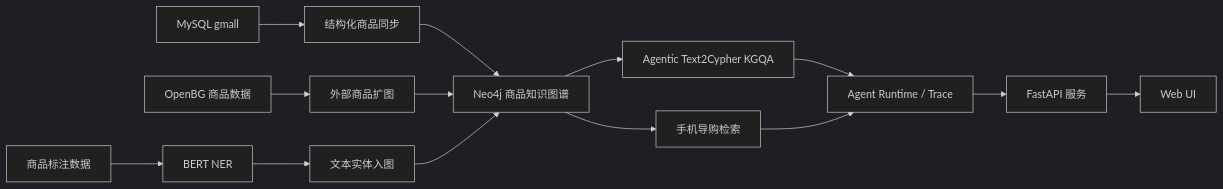
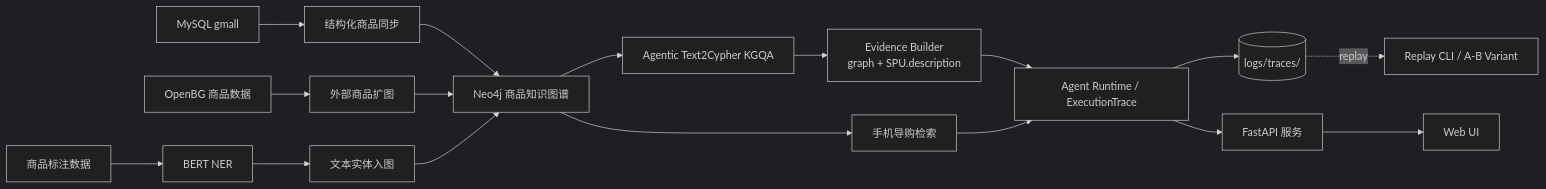
The diagram in README.md (xiaoqkw/ec-knowledge-graph), drawn with Mermaid (dark theme) before and after one commit. The commit also changed other lines of this file and 12 other files, not shown here.

Commit message:
Implement P2-1 KG-RAG evidence flow

````diff
--- a/README.md
+++ b/README.md
@@ -58,19 +64,22 @@
 ```mermaid
 flowchart LR
     A[MySQL gmall] --> B[结构化商品同步]
     C[OpenBG 商品数据] --> D[外部商品扩图]
     E[商品标注数据] --> F[BERT NER]
     F --> G[文本实体入图]
 
     B --> H[Neo4j 商品知识图谱]
     D --> H
     G --> H
 
     H --> I[Agentic Text2Cypher KGQA]
     H --> J[手机导购检索]
 
-    I --> R[Agent Runtime / Trace]
+    I --> EV[Evidence Builder<br/>graph + SPU.description]
+    EV --> R[Agent Runtime / ExecutionTrace]
     J --> R
+    R --> TR[(logs/traces/)]
+    TR -.replay.-> RP[Replay CLI / A-B Variant]
     R --> K[FastAPI 服务]
     K --> L[Web UI]
 ```
````
